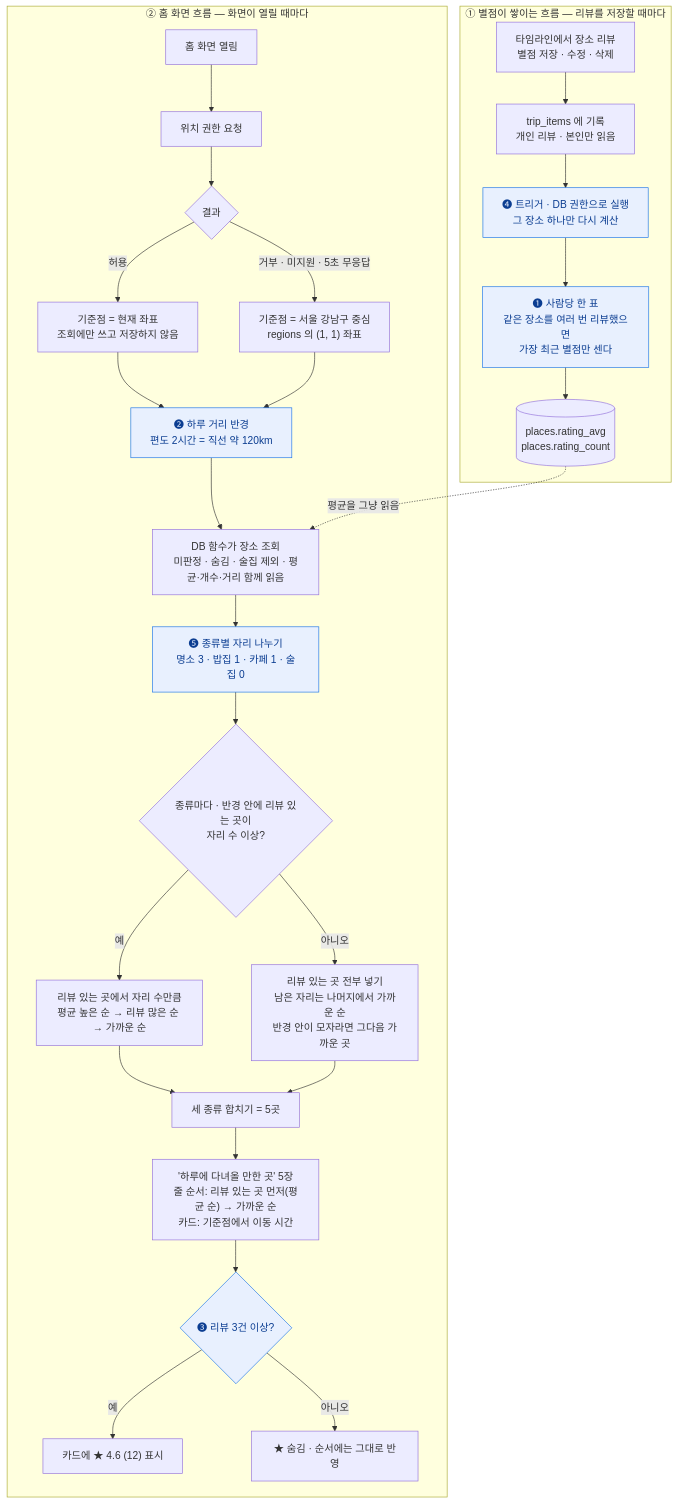
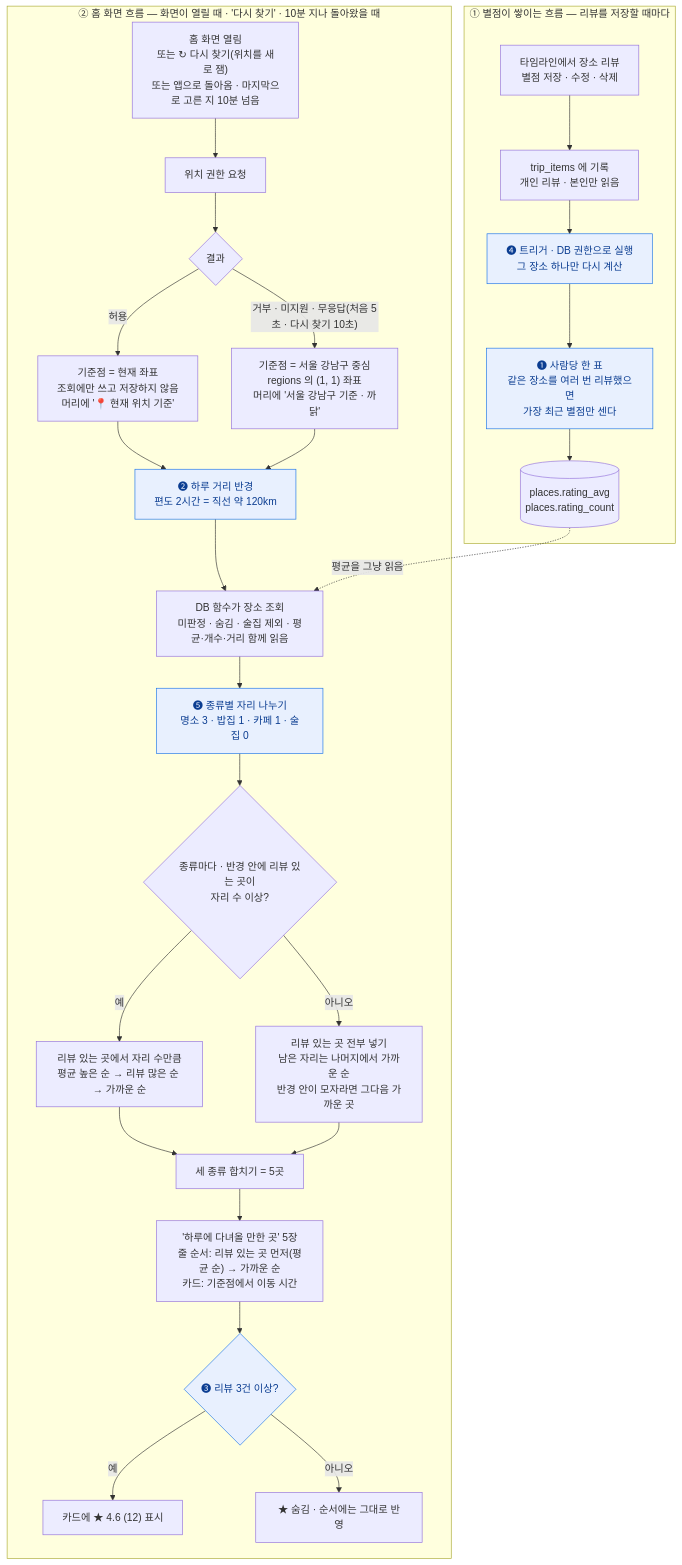
Before and after one commit to wisecomm/oneday-trip: the first of 3 diagrams in README-플로챠트.md, drawn with Mermaid. The commit also changed other lines of this file and 2 other files, not shown here.

````diff
--- a/README-플로챠트.md
+++ b/README-플로챠트.md
@@ -14,33 +14,33 @@
 ```mermaid
 flowchart TD
     subgraph W["① 별점이 쌓이는 흐름 — 리뷰를 저장할 때마다"]
         W1["타임라인에서 장소 리뷰<br/>별점 저장 · 수정 · 삭제"] --> W2["trip_items 에 기록<br/>개인 리뷰 · 본인만 읽음"]
         W2 --> W3["❹ 트리거 · DB 권한으로 실행<br/>그 장소 하나만 다시 계산"]:::dec
         W3 --> W4["❶ 사람당 한 표<br/>같은 장소를 여러 번 리뷰했으면<br/>가장 최근 별점만 센다"]:::dec
         W4 --> W5[("places.rating_avg<br/>places.rating_count")]
     end
 
-    subgraph R["② 홈 화면 흐름 — 화면이 열릴 때마다"]
-        A["홈 화면 열림"] --> L["위치 권한 요청"]
+    subgraph R["② 홈 화면 흐름 — 화면이 열릴 때 · '다시 찾기' · 10분 지나 돌아왔을 때"]
+        A["홈 화면 열림<br/>또는 ↻ 다시 찾기(위치를 새로 잼)<br/>또는 앱으로 돌아옴 · 마지막으로 고른 지 10분 넘음"] --> L["위치 권한 요청"]
         L --> B{"결과"}
-        B -- "허용" --> C["기준점 = 현재 좌표<br/>조회에만 쓰고 저장하지 않음"]
-        B -- "거부 · 미지원 · 5초 무응답" --> G["기준점 = 서울 강남구 중심<br/>regions 의 (1, 1) 좌표"]
+        B -- "허용" --> C["기준점 = 현재 좌표<br/>조회에만 쓰고 저장하지 않음<br/>머리에 '📍 현재 위치 기준'"]
+        B -- "거부 · 미지원 · 무응답(처음 5초 · 다시 찾기 10초)" --> G["기준점 = 서울 강남구 중심<br/>regions 의 (1, 1) 좌표<br/>머리에 '서울 강남구 기준 · 까닭'"]
         C --> RR["❷ 하루 거리 반경<br/>편도 2시간 = 직선 약 120km"]:::dec
         G --> RR
         RR --> Q["DB 함수가 장소 조회<br/>미판정 · 숨김 · 술집 제외 · 평균·개수·거리 함께 읽음"]
         Q --> MX["❺ 종류별 자리 나누기<br/>명소 3 · 밥집 1 · 카페 1 · 술집 0"]:::dec
         MX --> K1{"종류마다 · 반경 안에 리뷰 있는 곳이<br/>자리 수 이상?"}
         K1 -- "예" --> K2["리뷰 있는 곳에서 자리 수만큼<br/>평균 높은 순 → 리뷰 많은 순 → 가까운 순"]
         K1 -- "아니오" --> K3["리뷰 있는 곳 전부 넣기<br/>남은 자리는 나머지에서 가까운 순<br/>반경 안이 모자라면 그다음 가까운 곳"]
         K2 --> J["세 종류 합치기 = 5곳"]
         K3 --> J
         J --> O["'하루에 다녀올 만한 곳' 5장<br/>줄 순서: 리뷰 있는 곳 먼저(평균 순) → 가까운 순<br/>카드: 기준점에서 이동 시간"]
         O --> ST{"❸ 리뷰 3건 이상?"}:::dec
         ST -- "예" --> ST1["카드에 ★ 4.6 (12) 표시"]
         ST -- "아니오" --> ST2["★ 숨김 · 순서에는 그대로 반영"]
     end
 
     W5 -. "평균을 그냥 읽음" .-> Q
 
     classDef dec fill:#e8f0fe,stroke:#1a73e8,color:#0b3d91
 ```
````
